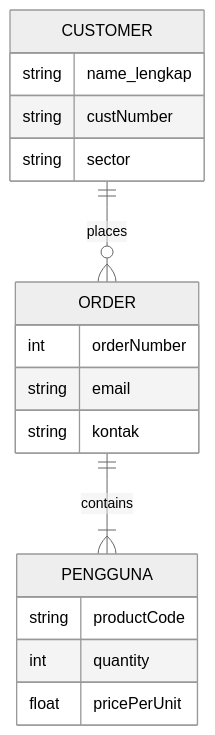
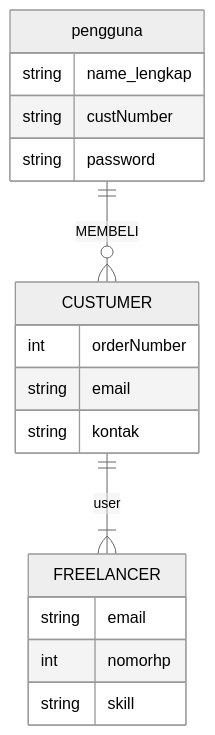
One commit to Hasbi2104/tugas-uts changed the first of 2 diagrams in Curriculum Vitae Job.md. Above: the diagram before and after it, drawn with Mermaid (neutral theme).

Commit message:
Update Curriculum Vitae Job.md

````diff
--- a/Curriculum Vitae Job.md
+++ b/Curriculum Vitae Job.md
@@ -70,20 +70,20 @@
 ```mermaid
 erDiagram
-    CUSTOMER ||--o{ ORDER : places
-    CUSTOMER {
+    pengguna ||--o{CUSTUMER : MEMBELI
+    pengguna {
         string name_lengkap
         string custNumber
-        string sector
+        string password
     }
-    ORDER ||--|{ PENGGUNA : contains
-    ORDER {
+    CUSTUMER ||--|{ FREELANCER : user
+   CUSTUMER {
         int orderNumber
         string email
         string kontak
     }
-    PENGGUNA {
-        string productCode
-        int quantity
-        float pricePerUnit
+   FREELANCER {
+        string email
+        int nomorhp
+        string skill
     }
 ```
````
